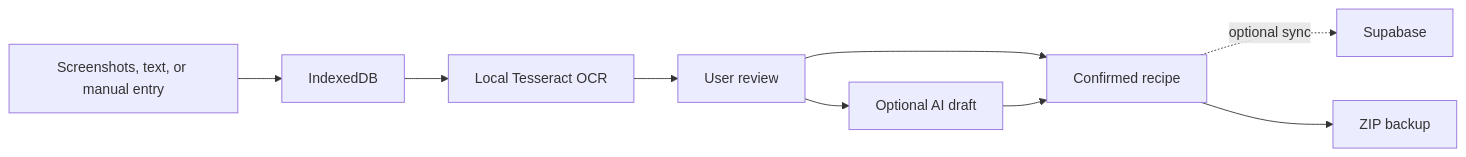
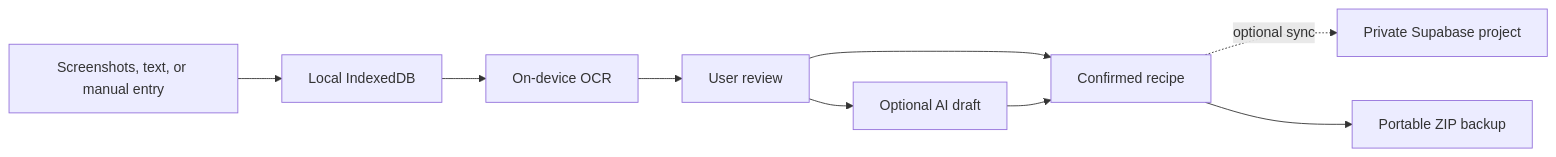
Before and after one commit to pour-soi/PourRecipe: the diagram in README.md, drawn with Mermaid. The commit also changed other lines of this file, not shown here.

Commit message:
Polish GitHub project homepage

````diff
--- a/README.md
+++ b/README.md
@@ -62,11 +61,11 @@
 ```mermaid
 flowchart LR
-  A["Screenshots, text, or manual entry"] --> B["IndexedDB"]
-  B --> C["Local Tesseract OCR"]
+  A["Screenshots, text, or manual entry"] --> B["Local IndexedDB"]
+  B --> C["On-device OCR"]
   C --> D["User review"]
   D --> E["Optional AI draft"]
   D --> F["Confirmed recipe"]
   E --> F
-  F -. "optional sync" .-> G["Supabase"]
-  F --> H["ZIP backup"]
+  F -. "optional sync" .-> G["Private Supabase project"]
+  F --> H["Portable ZIP backup"]
 ```
````
